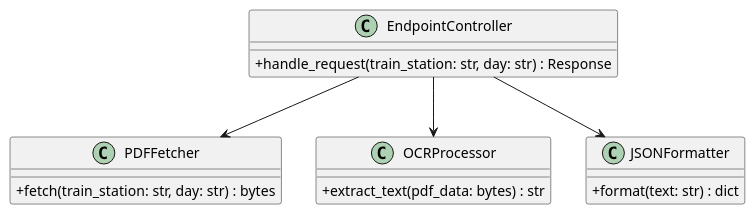
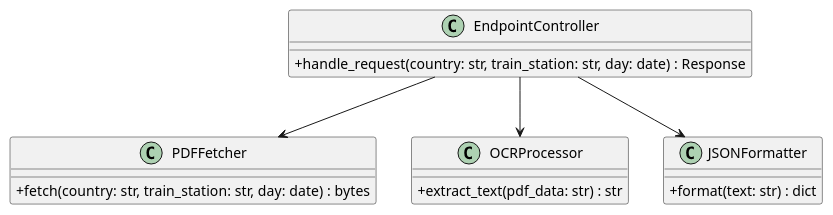
One commit to CPNV-ES-BI1-RIA2-ETL-INTERNAL-SOURCE/INTERNAL-SOURCE-EXTRACT changed the diagram in diagrams/classDiagram.puml. Above: the diagram before and after it, drawn with PlantUML.

Commit message:
docs: update class diagram

```diff
--- a/diagrams/classDiagram.puml
+++ b/diagrams/classDiagram.puml
@@ -1,23 +1,23 @@
 @startuml
 skinparam classAttributeIconSize 0
 
 class EndpointController {
-    + handle_request(train_station: str, day: str) : Response
+    + handle_request(country: str, train_station: str, day: date) : Response
 }
 
 class PDFFetcher {
-    + fetch(train_station: str, day: str) : bytes
+    + fetch(country: str, train_station: str, day: date) : bytes
 }
 
 class OCRProcessor {
-    + extract_text(pdf_data: bytes) : str
+    + extract_text(pdf_data: str) : str
 }
 
 class JSONFormatter {
     + format(text: str) : dict
 }
 
 EndpointController --> PDFFetcher
 EndpointController --> OCRProcessor
 EndpointController --> JSONFormatter
 @enduml
```
